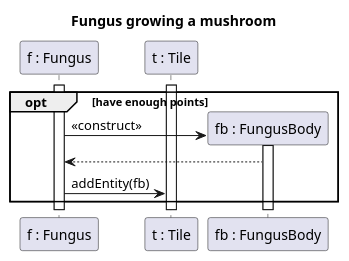
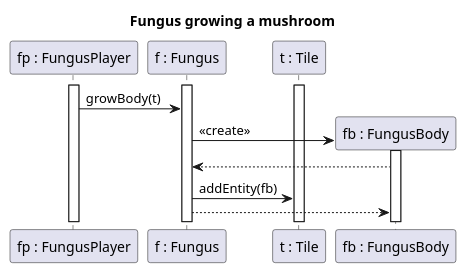
One commit to Harcipan/Projlab_nullpointerexception changed the diagram in diagrams/diagramFiles/SQ_FungusMushroom.puml. Above: the diagram before and after it, drawn with PlantUML. The commit also changed 10 other files, not shown here.

```diff
--- a/diagrams/diagramFiles/SQ_FungusMushroom.puml
+++ b/diagrams/diagramFiles/SQ_FungusMushroom.puml
@@ -1,22 +1,22 @@
 @startuml Fungus mushroom
 
 title Fungus growing a mushroom
 
+participant "fp : FungusPlayer" as Fp
 participant "f : Fungus" as F
 participant "t : Tile" as T
 participant "fb : FungusBody" as Fb
 
+activate Fp
 activate F
 activate T
 
-opt have enough points
-F -> Fb ** : <<construct>>
+Fp -> F : growBody(t)
+F -> Fb ** : <<create>>
 activate Fb
 Fb --> F
 F -> T : addEntity(fb)
-
-
-end
+F --> Fb
 
 
 @enduml
```
